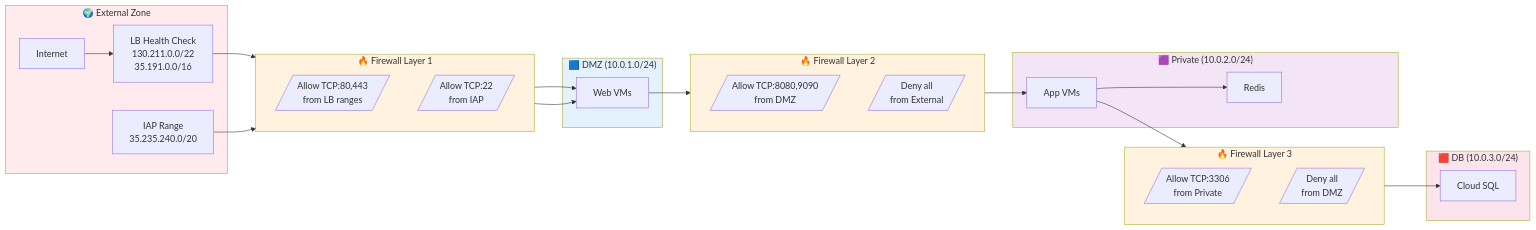
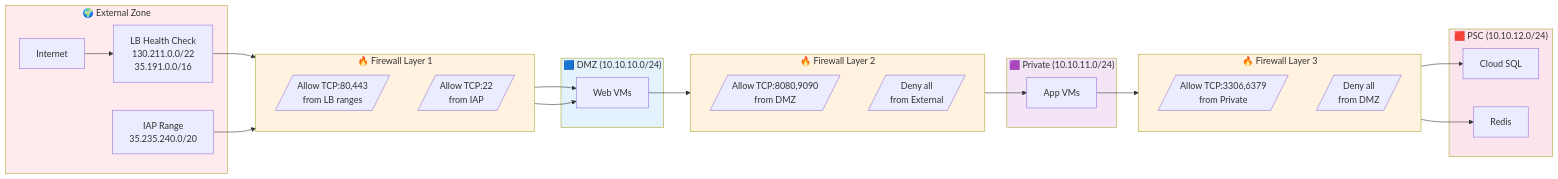
Before and after one commit to JSJ2337/GCP_terraform_code: the third of 9 diagrams in terraform_gcp_infra/docs/architecture/network-design.md, drawn with Mermaid. The commit also changed other lines of this file, not shown here.

````diff
--- a/terraform_gcp_infra/docs/architecture/network-design.md
+++ b/terraform_gcp_infra/docs/architecture/network-design.md
@@ -255,59 +248,59 @@
 ```mermaid
 %%{init: {'theme': 'default'}}%%
 flowchart LR
     subgraph External["🌍 External Zone"]
         INET[Internet]
         LB_RANGE["LB Health Check<br/>130.211.0.0/22<br/>35.191.0.0/16"]
         IAP["IAP Range<br/>35.235.240.0/20"]
     end
 
     subgraph FW1["🔥 Firewall Layer 1"]
         direction TB
         R1[/"Allow TCP:80,443<br/>from LB ranges"/]
         R2[/"Allow TCP:22<br/>from IAP"/]
     end
 
-    subgraph DMZ["🟦 DMZ (10.0.1.0/24)"]
+    subgraph DMZ["🟦 DMZ (10.10.10.0/24)"]
         WEB[Web VMs]
     end
 
     subgraph FW2["🔥 Firewall Layer 2"]
         direction TB
         R3[/"Allow TCP:8080,9090<br/>from DMZ"/]
         R4[/"Deny all<br/>from External"/]
     end
 
-    subgraph Private["🟪 Private (10.0.2.0/24)"]
+    subgraph Private["🟪 Private (10.10.11.0/24)"]
         APP[App VMs]
-        REDIS[Redis]
     end
 
     subgraph FW3["🔥 Firewall Layer 3"]
         direction TB
-        R5[/"Allow TCP:3306<br/>from Private"/]
+        R5[/"Allow TCP:3306,6379<br/>from Private"/]
         R6[/"Deny all<br/>from DMZ"/]
     end
 
-    subgraph DB_Zone["🟥 DB (10.0.3.0/24)"]
+    subgraph PSC_Zone["🟥 PSC (10.10.12.0/24)"]
         SQL[Cloud SQL]
+        REDIS[Redis]
     end
 
     INET --> LB_RANGE
     LB_RANGE --> R1
     IAP --> R2
     R1 --> WEB
     R2 --> WEB
     WEB --> R3
     R3 --> APP
     APP --> R5
     R5 --> SQL
-    APP --> REDIS
+    R5 --> REDIS
 
     style External fill:#ffebee
     style DMZ fill:#e3f2fd
     style Private fill:#f3e5f5
-    style DB_Zone fill:#fce4ec
+    style PSC_Zone fill:#fce4ec
     style FW1 fill:#fff3e0
     style FW2 fill:#fff3e0
     style FW3 fill:#fff3e0
 ```
````
